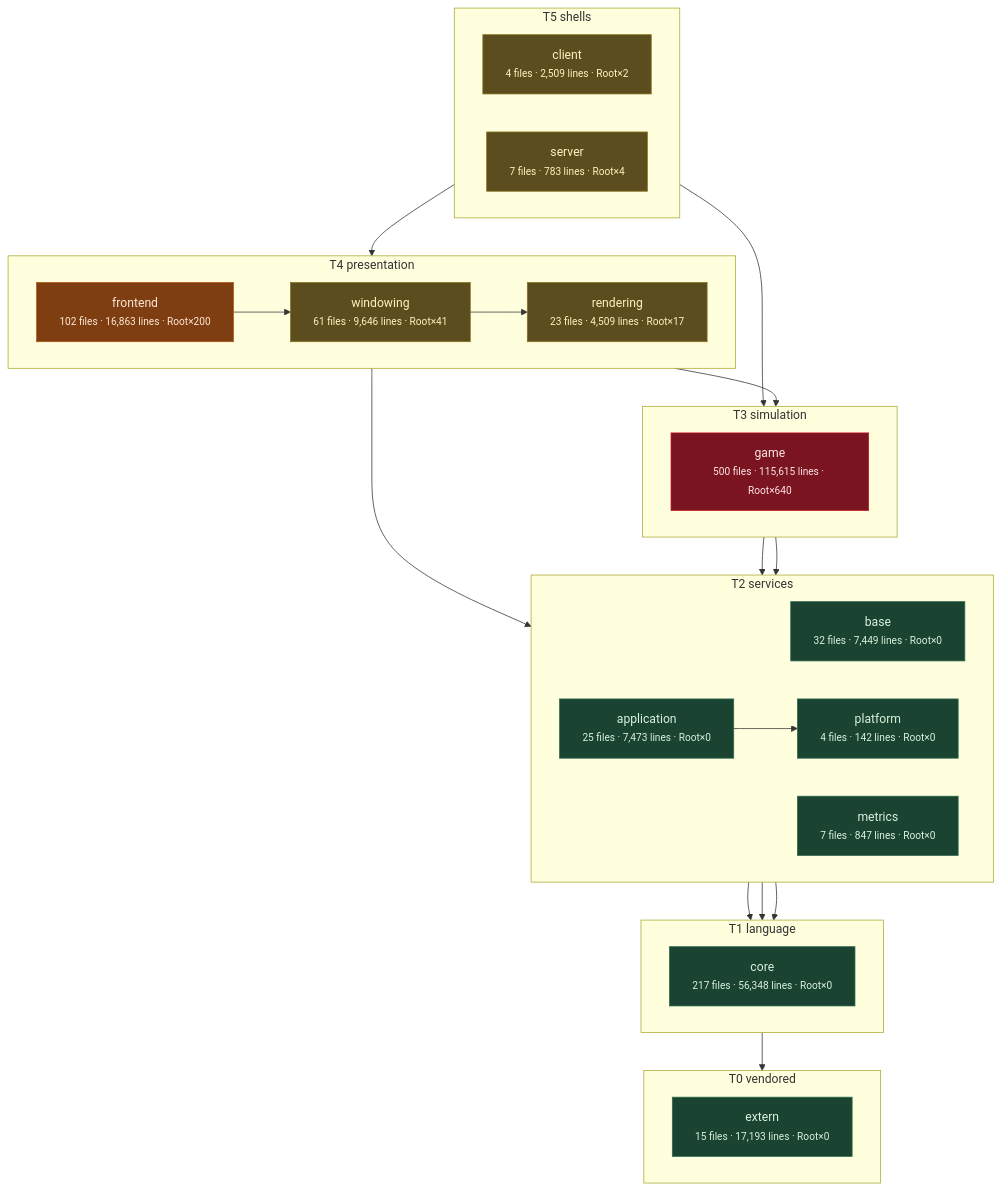
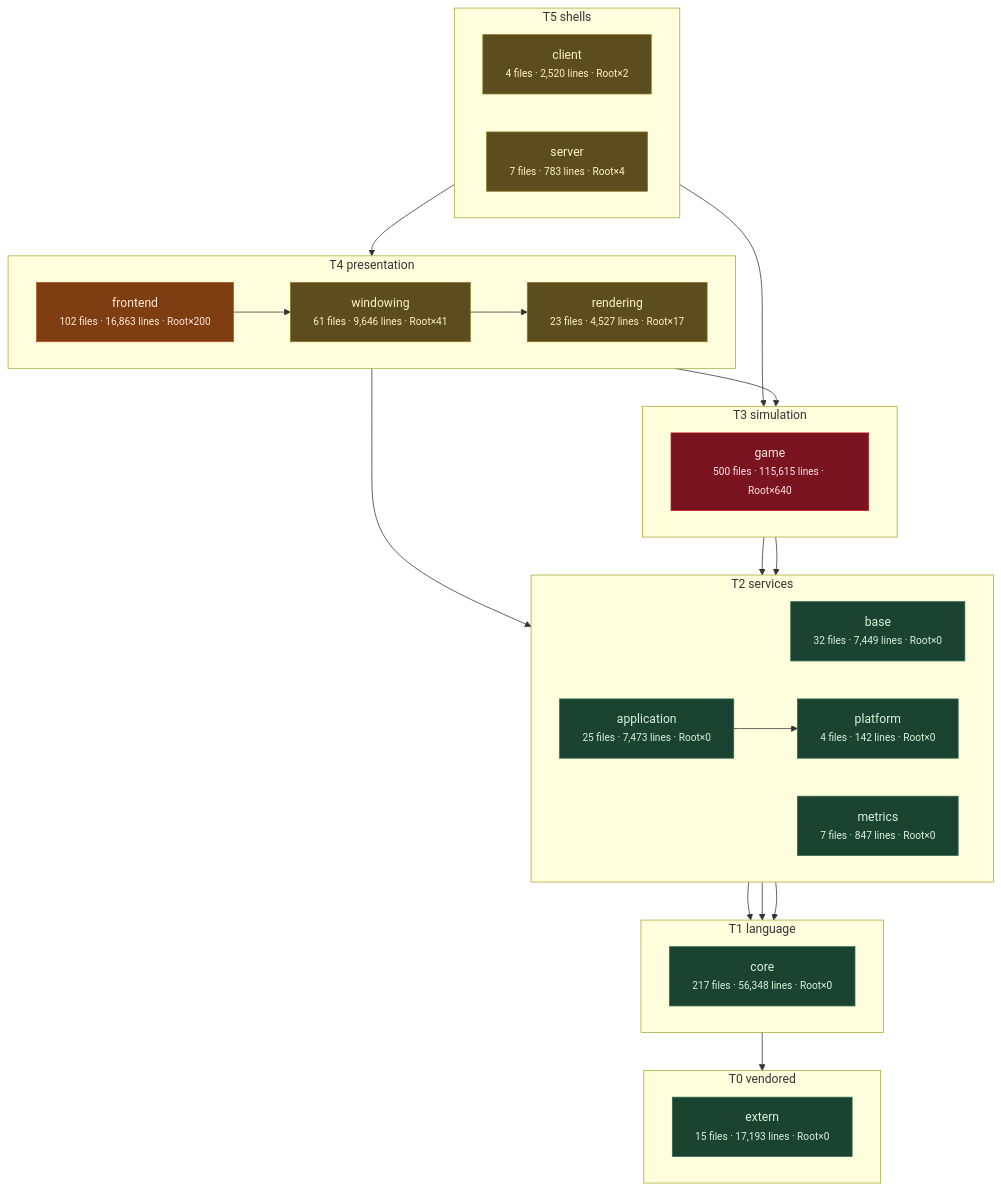
The third of 11 diagrams in docs/architecture/system-boundaries.md (apnex/OpenStarbound), drawn with Mermaid before and after one commit. The commit also changed other lines of this file and 4 other files, not shown here.

````diff
--- a/docs/architecture/system-boundaries.md
+++ b/docs/architecture/system-boundaries.md
@@ -271,54 +271,54 @@
 ```mermaid
 flowchart TD
   subgraph T0["T0 vendored"]
     direction LR
     extern["extern<br/><small>15 files · 17,193 lines · Root×0</small>"]
   end
   subgraph T1["T1 language"]
     direction LR
     core["core<br/><small>217 files · 56,348 lines · Root×0</small>"]
   end
   subgraph T2["T2 services"]
     direction LR
     base["base<br/><small>32 files · 7,449 lines · Root×0</small>"]
     metrics["metrics<br/><small>7 files · 847 lines · Root×0</small>"]
     platform["platform<br/><small>4 files · 142 lines · Root×0</small>"]
     application["application<br/><small>25 files · 7,473 lines · Root×0</small>"]
   end
   subgraph T3["T3 simulation"]
     direction LR
     game["game<br/><small>500 files · 115,615 lines · Root×640</small>"]
   end
   subgraph T4["T4 presentation"]
     direction LR
-    rendering["rendering<br/><small>23 files · 4,509 lines · Root×17</small>"]
+    rendering["rendering<br/><small>23 files · 4,527 lines · Root×17</small>"]
     windowing["windowing<br/><small>61 files · 9,646 lines · Root×41</small>"]
     frontend["frontend<br/><small>102 files · 16,863 lines · Root×200</small>"]
   end
   subgraph T5["T5 shells"]
     direction LR
-    client["client<br/><small>4 files · 2,509 lines · Root×2</small>"]
+    client["client<br/><small>4 files · 2,520 lines · Root×2</small>"]
     server["server<br/><small>7 files · 783 lines · Root×4</small>"]
   end
   core --> extern
   base --> core
   metrics --> core
   platform --> core
   application --> platform
   game --> base
   game --> platform
   rendering --> application
   rendering --> game
   windowing --> rendering
   frontend --> windowing
   client --> frontend
   server --> game
   classDef clean fill:#1b4332,stroke:#2d6a4f,color:#d8f3dc
   classDef warm  fill:#5c4d1e,stroke:#8a7420,color:#fff3bf
   classDef hot   fill:#7f3e12,stroke:#b5561b,color:#ffe8d6
   classDef blaze fill:#7a1420,stroke:#c1121f,color:#ffe5e5
   class extern,core,base,metrics,platform,application clean
   class rendering,windowing,client,server warm
   class frontend hot
   class game blaze
 ```
````
